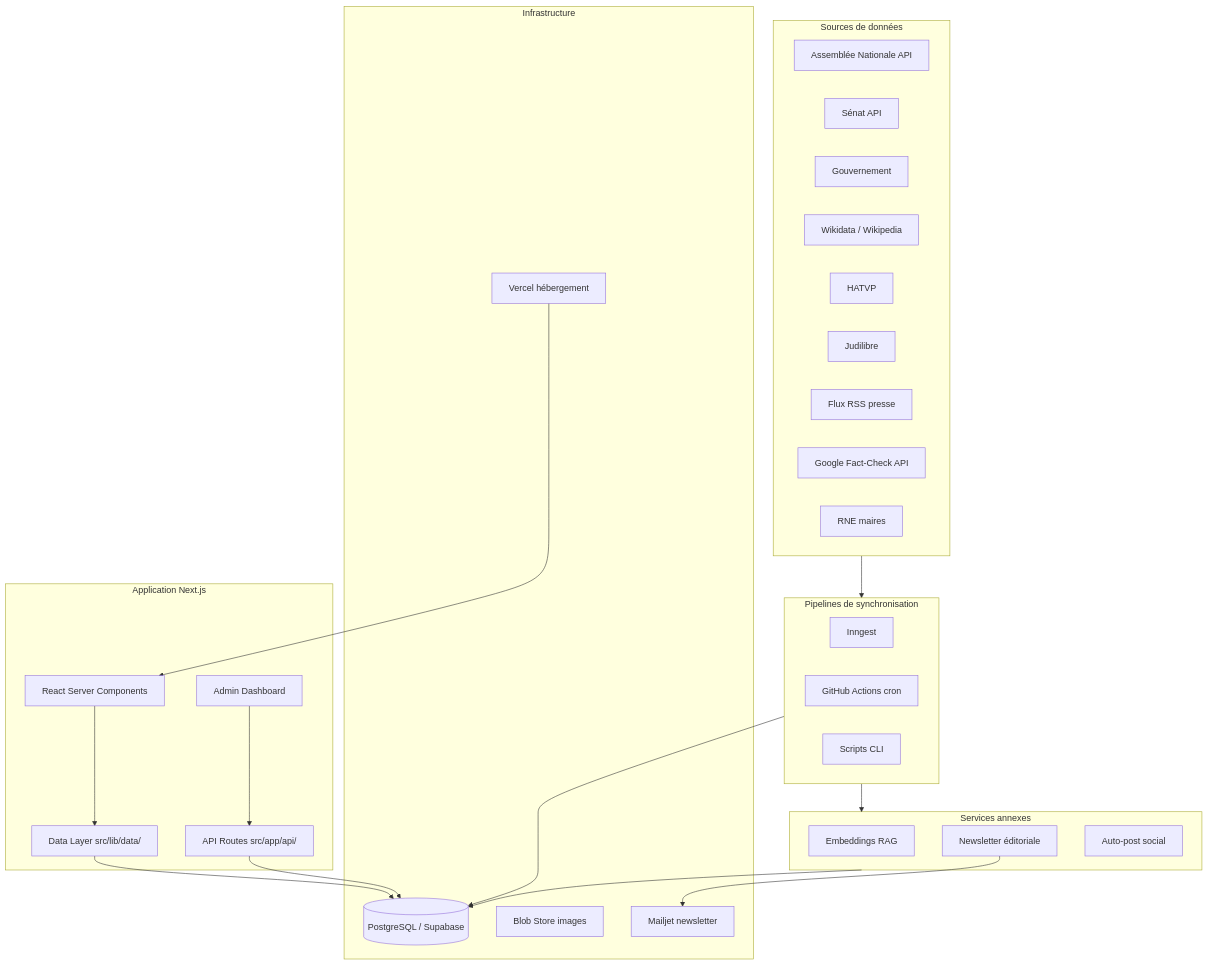
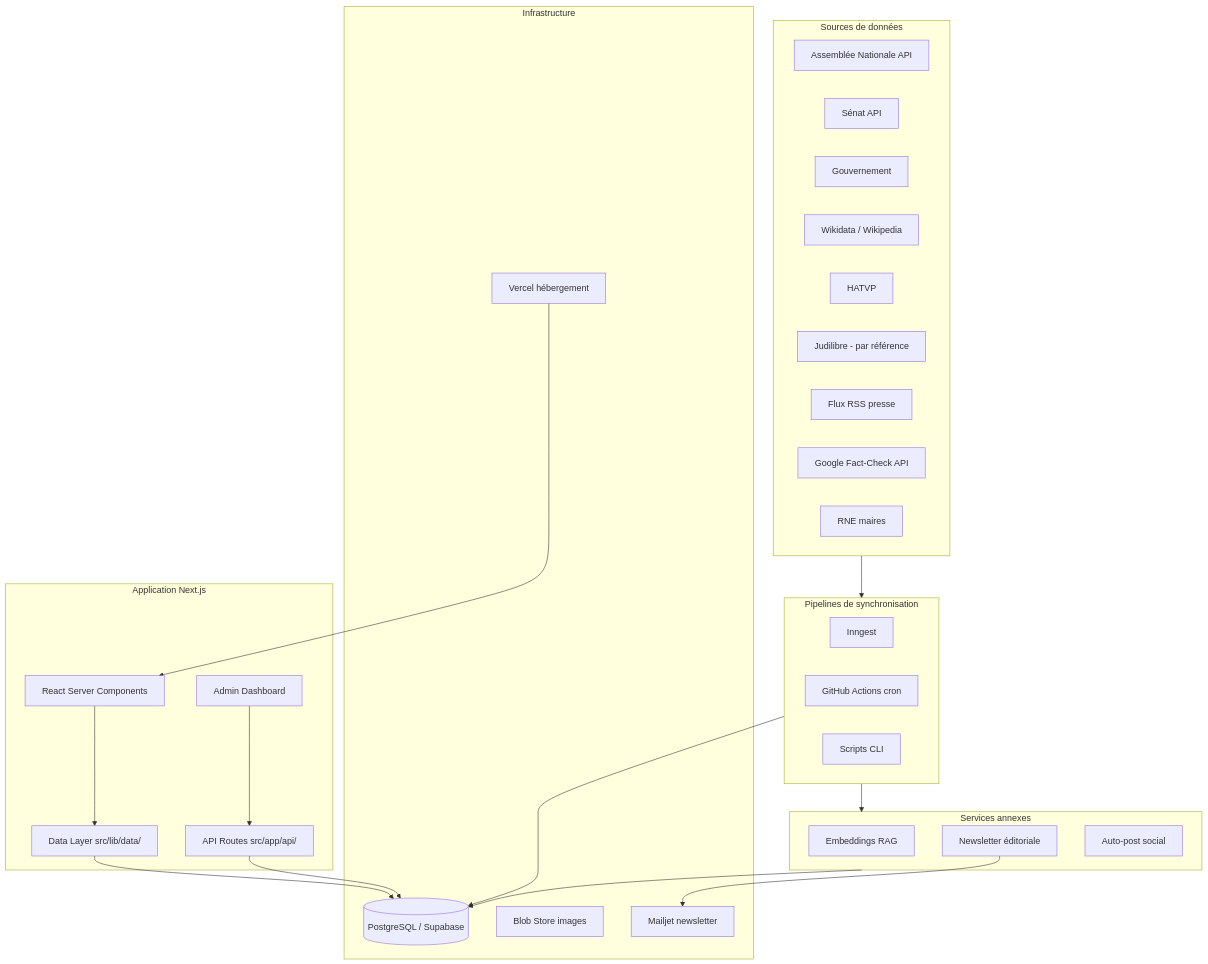
The first of 6 diagrams in docs/ARCHITECTURE.md (DidiLJ/poligraph), drawn with Mermaid before and after one commit. The commit also changed 5 other files, not shown here.

````diff
--- a/docs/ARCHITECTURE.md
+++ b/docs/ARCHITECTURE.md
@@ -11,50 +11,50 @@
 ```mermaid
 graph TB
     subgraph Sources["Sources de données"]
         AN[Assemblée Nationale API]
         SE[Sénat API]
         GV[Gouvernement]
         WD[Wikidata / Wikipedia]
         HT[HATVP]
-        JD[Judilibre]
+        JD[Judilibre - par référence]
         RSS[Flux RSS presse]
         FC[Google Fact-Check API]
         RNE[RNE maires]
     end
 
     subgraph Sync["Pipelines de synchronisation"]
         IG[Inngest]
         GHA[GitHub Actions cron]
         SC[Scripts CLI]
     end
 
     subgraph App["Application Next.js"]
         RSC[React Server Components]
         DL[Data Layer src/lib/data/]
         API[API Routes src/app/api/]
         ADM[Admin Dashboard]
     end
 
     subgraph Services["Services annexes"]
         VOY[Embeddings RAG]
         NL[Newsletter éditoriale]
         SOC[Auto-post social]
     end
 
     subgraph Infra["Infrastructure"]
         PG[(PostgreSQL / Supabase)]
         VC[Vercel hébergement]
         BS[Blob Store images]
         MJ[Mailjet newsletter]
     end
 
     Sources --> Sync
     Sync --> PG
     RSC --> DL --> PG
     API --> PG
     ADM --> API
     VC --> RSC
     Sync --> Services
     Services --> PG
     NL --> MJ
 ```
````
